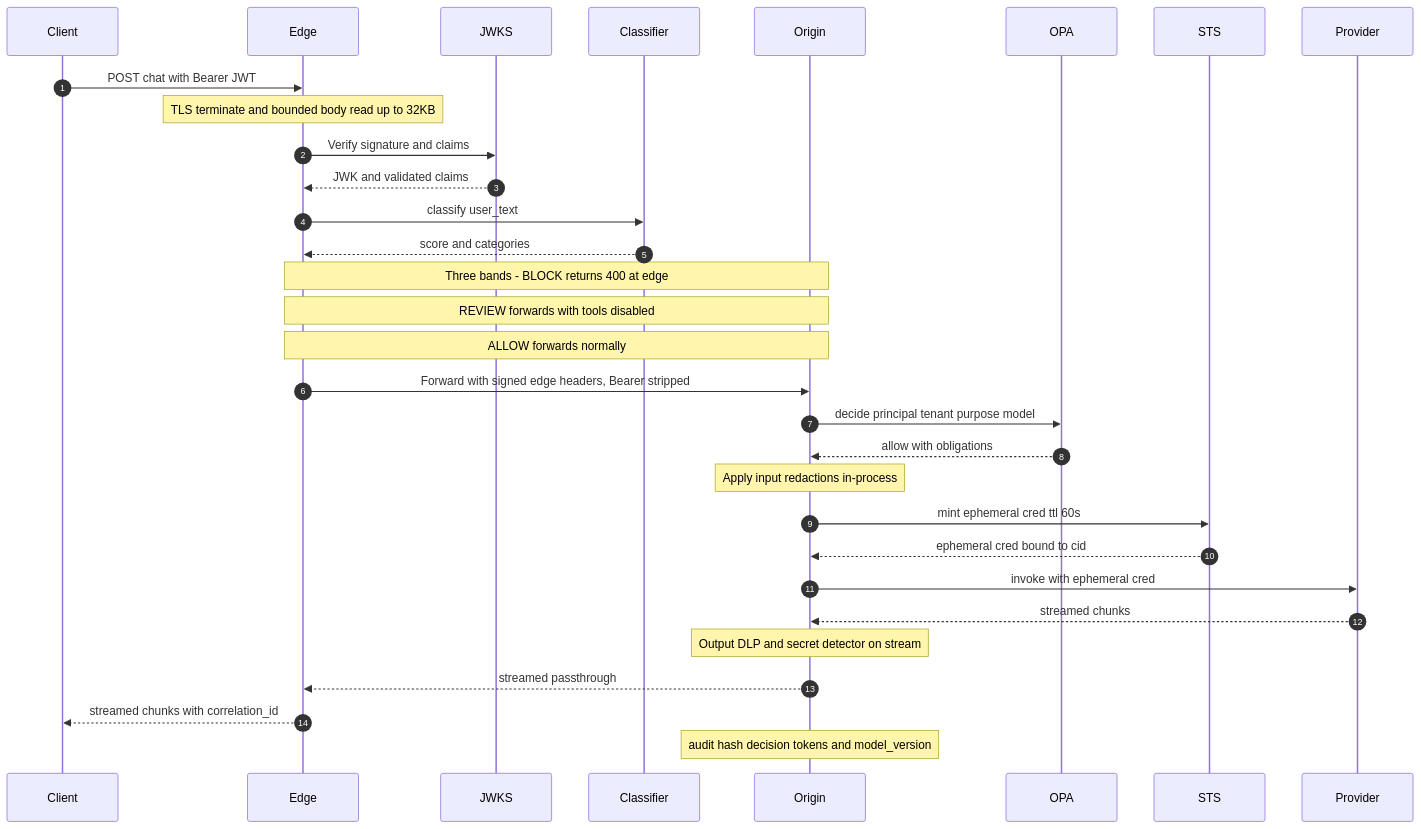
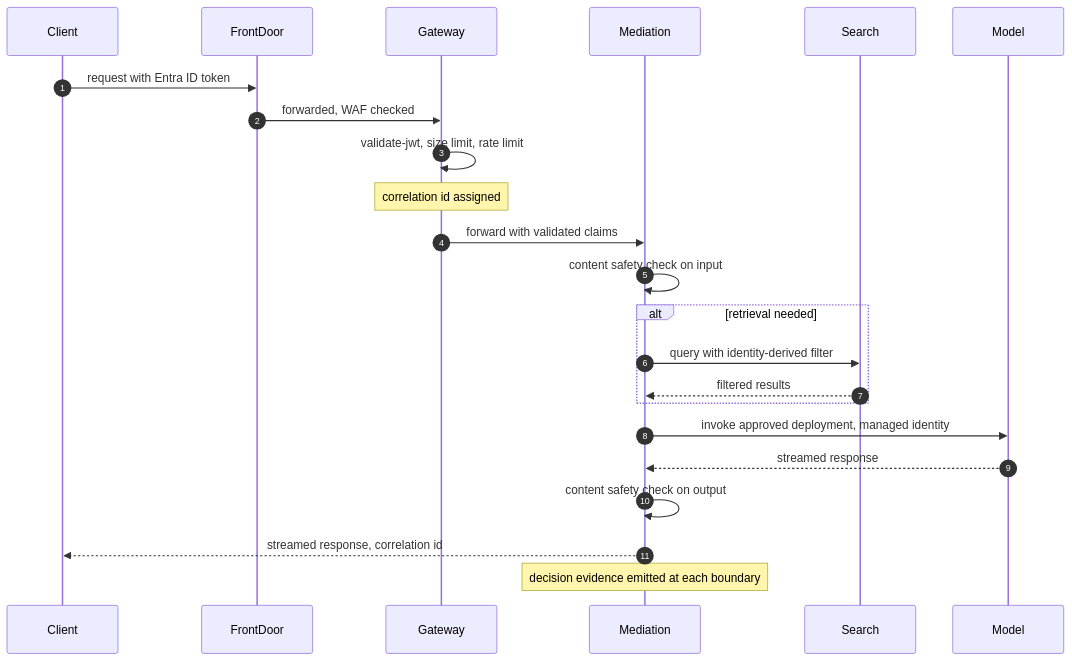
The second of 2 diagrams in content/control-plane.md (abhisheksinghcs/portfolio), drawn with Mermaid before and after one commit. The commit also changed other lines of this file and 7 other files, not shown here.

First line of the commit message:
Rewrite Control-Plane RFC as Microsoft-native reference architecture

````diff
--- a/content/control-plane.md
+++ b/content/control-plane.md
@@ -149,35 +174,26 @@
 ```mermaid
 sequenceDiagram
     autonumber
-    participant C as Client
-    participant E as Edge
-    participant J as JWKS
-    participant PI as Classifier
-    participant O as Origin
-    participant PDP as OPA
-    participant STS as STS
-    participant M as Provider
+    participant Client
+    participant FrontDoor
+    participant Gateway
+    participant Mediation
+    participant Search
+    participant Model
 
-    C->>E: POST chat with Bearer JWT
-    Note over E: TLS terminate and bounded body read up to 32KB
-    E->>J: Verify signature and claims
-    J-->>E: JWK and validated claims
-    E->>PI: classify user_text
-    PI-->>E: score and categories
-
-    Note over E,O: Three bands - BLOCK returns 400 at edge
-    Note over E,O: REVIEW forwards with tools disabled
-    Note over E,O: ALLOW forwards normally
-    E->>O: Forward with signed edge headers, Bearer stripped
-    O->>PDP: decide principal tenant purpose model
-    PDP-->>O: allow with obligations
-    Note over O: Apply input redactions in-process
-    O->>STS: mint ephemeral cred ttl 60s
-    STS-->>O: ephemeral cred bound to cid
-    O->>M: invoke with ephemeral cred
-    M-->>O: streamed chunks
-    Note over O: Output DLP and secret detector on stream
-    O-->>E: streamed passthrough
-    E-->>C: streamed chunks with correlation_id
-    Note over O: audit hash decision tokens and model_version
+    Client->>FrontDoor: request with Entra ID token
+    FrontDoor->>Gateway: forwarded, WAF checked
+    Gateway->>Gateway: validate-jwt, size limit, rate limit
+    Note over Gateway: correlation id assigned
+    Gateway->>Mediation: forward with validated claims
+    Mediation->>Mediation: content safety check on input
+    alt retrieval needed
+        Mediation->>Search: query with identity-derived filter
+        Search-->>Mediation: filtered results
+    end
+    Mediation->>Model: invoke approved deployment, managed identity
+    Model-->>Mediation: streamed response
+    Mediation->>Mediation: content safety check on output
+    Mediation-->>Client: streamed response, correlation id
+    Note over Mediation: decision evidence emitted at each boundary
 ```
````
